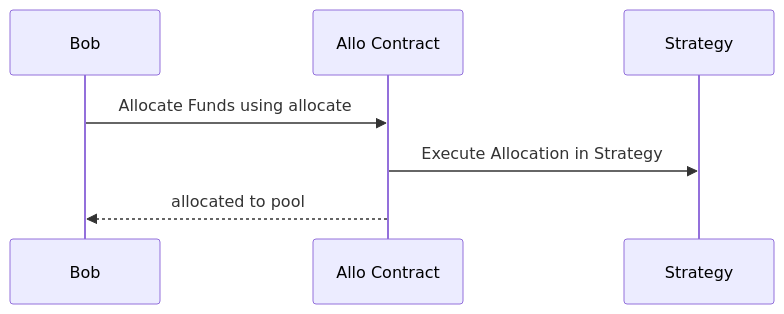
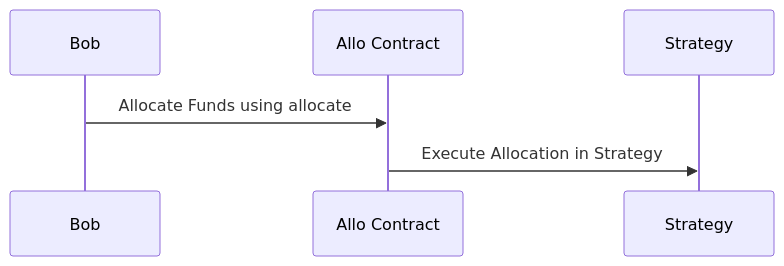
The sixth of 8 diagrams in contracts/readme/Allo.md (allo-protocol/allo-v2), drawn with Mermaid before and after one commit. The commit also changed other lines of this file, not shown here.

````diff
--- a/contracts/readme/Allo.md
+++ b/contracts/readme/Allo.md
@@ -236,10 +236,9 @@
 ```mermaid
 sequenceDiagram
     participant Bob as Bob
     participant Allo as Allo Contract
     participant Strategy as Strategy
 
     Bob->>Allo: Allocate Funds using allocate
     Allo->>Strategy: Execute Allocation in Strategy
-    Allo-->>Bob: allocated to pool
 ```
````
